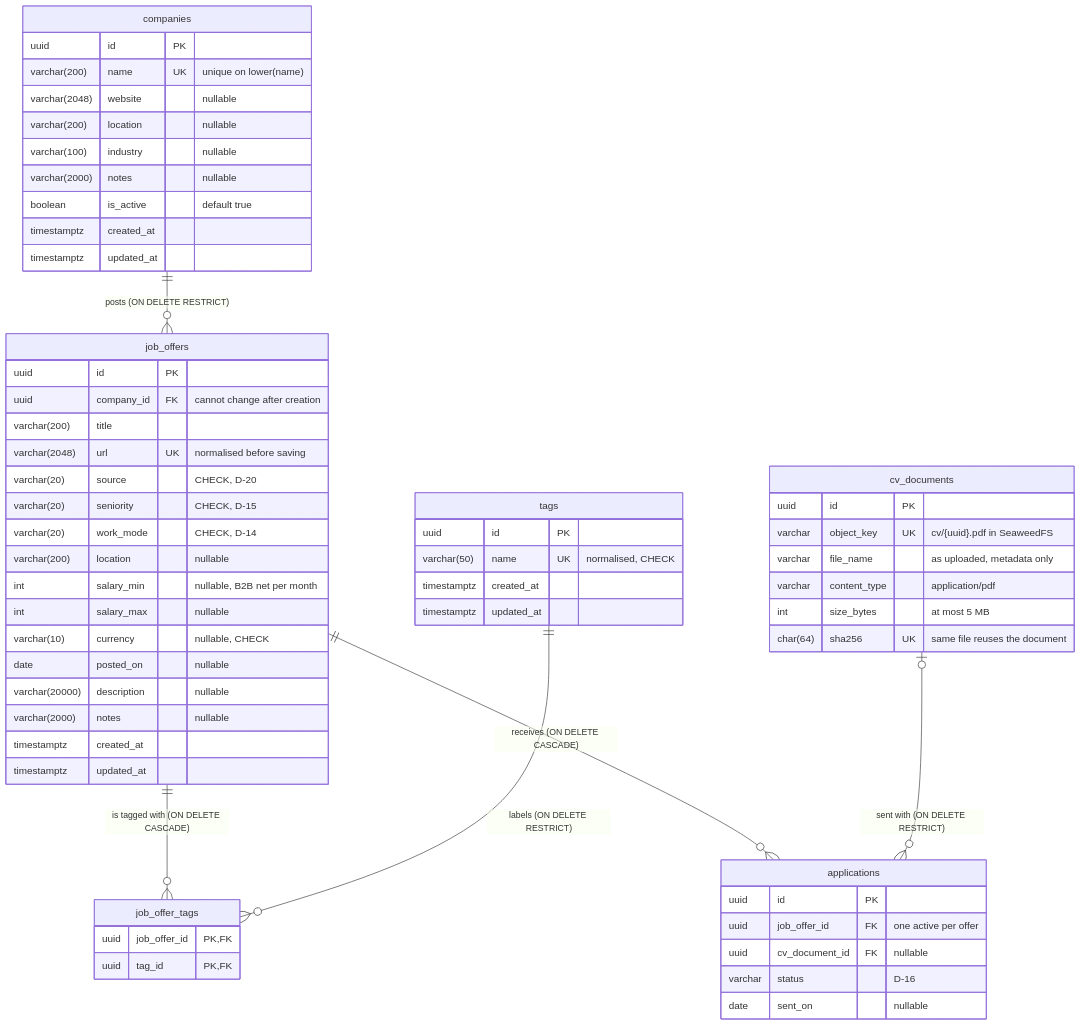
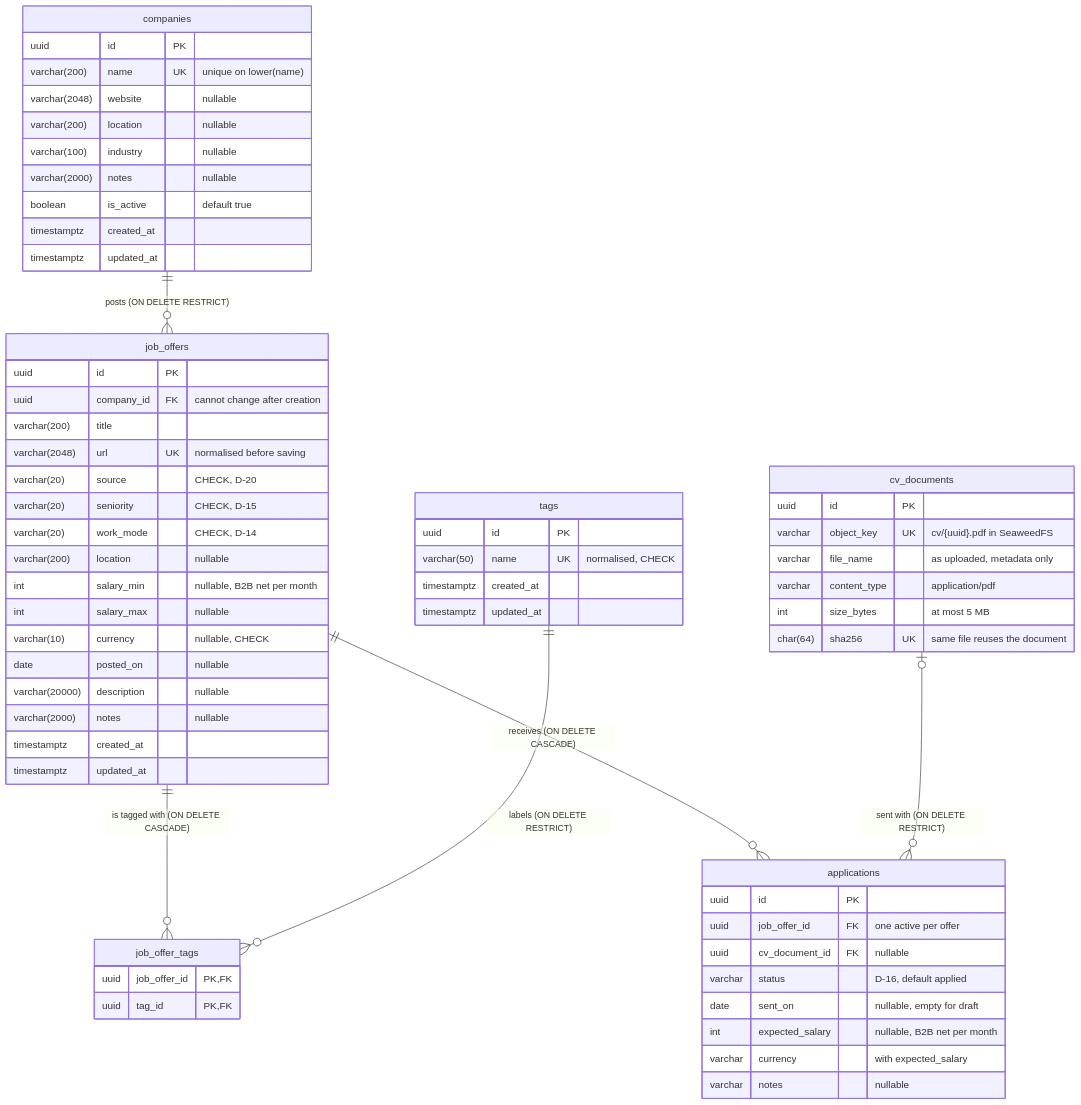
One commit to xwojziarnik/job-application-tracker changed the diagram in docs/data-model.md. Above: the diagram before and after it, drawn with Mermaid. The commit also changed other lines of this file and 12 other files, not shown here.

````diff
--- a/docs/data-model.md
+++ b/docs/data-model.md
@@ -18,68 +18,71 @@
 ```mermaid
 erDiagram
     companies ||--o{ job_offers : "posts (ON DELETE RESTRICT)"
     job_offers ||--o{ job_offer_tags : "is tagged with (ON DELETE CASCADE)"
     tags ||--o{ job_offer_tags : "labels (ON DELETE RESTRICT)"
     job_offers ||--o{ applications : "receives (ON DELETE CASCADE)"
     cv_documents |o--o{ applications : "sent with (ON DELETE RESTRICT)"
 
     companies {
         uuid id PK
         varchar(200) name UK "unique on lower(name)"
         varchar(2048) website "nullable"
         varchar(200) location "nullable"
         varchar(100) industry "nullable"
         varchar(2000) notes "nullable"
         boolean is_active "default true"
         timestamptz created_at
         timestamptz updated_at
     }
 
     job_offers {
         uuid id PK
         uuid company_id FK "cannot change after creation"
         varchar(200) title
         varchar(2048) url UK "normalised before saving"
         varchar(20) source "CHECK, D-20"
         varchar(20) seniority "CHECK, D-15"
         varchar(20) work_mode "CHECK, D-14"
         varchar(200) location "nullable"
         int salary_min "nullable, B2B net per month"
         int salary_max "nullable"
         varchar(10) currency "nullable, CHECK"
         date posted_on "nullable"
         varchar(20000) description "nullable"
         varchar(2000) notes "nullable"
         timestamptz created_at
         timestamptz updated_at
     }
 
     tags {
         uuid id PK
         varchar(50) name UK "normalised, CHECK"
         timestamptz created_at
         timestamptz updated_at
     }
 
     job_offer_tags {
         uuid job_offer_id PK, FK
         uuid tag_id PK, FK
     }
 
     applications {
         uuid id PK
         uuid job_offer_id FK "one active per offer"
         uuid cv_document_id FK "nullable"
-        varchar status "D-16"
-        date sent_on "nullable"
+        varchar status "D-16, default applied"
+        date sent_on "nullable, empty for draft"
+        int expected_salary "nullable, B2B net per month"
+        varchar currency "with expected_salary"
+        varchar notes "nullable"
     }
 
     cv_documents {
         uuid id PK
         varchar object_key UK "cv/{uuid}.pdf in SeaweedFS"
         varchar file_name "as uploaded, metadata only"
         varchar content_type "application/pdf"
         int size_bytes "at most 5 MB"
         char(64) sha256 UK "same file reuses the document"
     }
 ```
````
